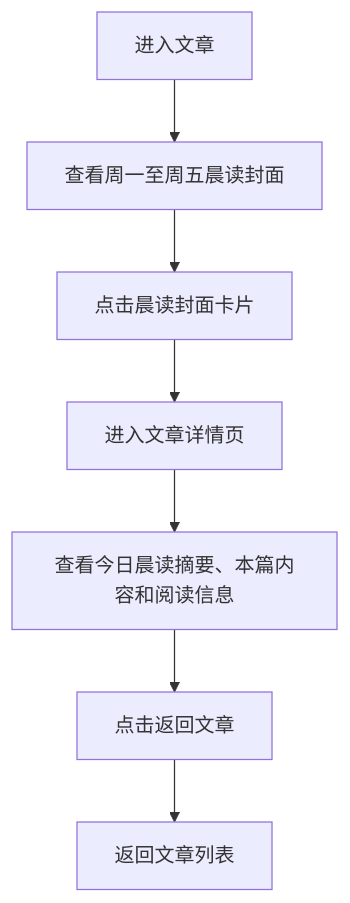
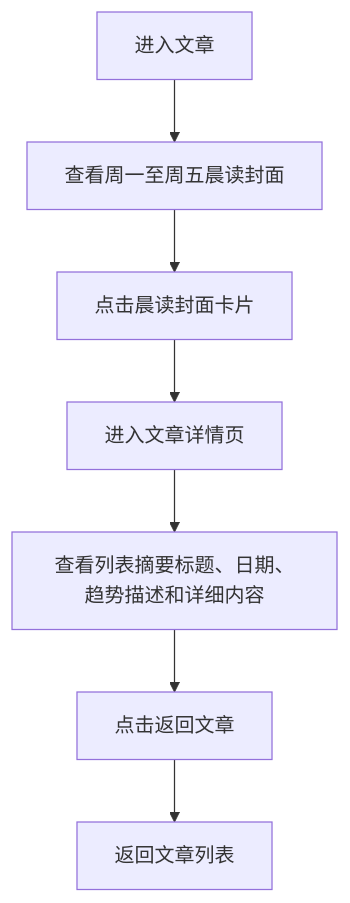
One commit to Icekole/UI-UX-page changed the third of 5 diagrams in prototypes/个人门户网站.md. Above: the diagram before and after it, drawn with Mermaid. The commit also changed other lines of this file and 9 other files, not shown here.

````diff
--- a/prototypes/个人门户网站.md
+++ b/prototypes/个人门户网站.md
@@ -170,9 +172,9 @@
 ```mermaid
 flowchart TD
   A[进入文章] --> B[查看周一至周五晨读封面]
   B --> C[点击晨读封面卡片]
   C --> D[进入文章详情页]
-  D --> E[查看今日晨读摘要、本篇内容和阅读信息]
+  D --> E[查看列表摘要标题、日期、趋势描述和详细内容]
   E --> F[点击返回文章]
   F --> G[返回文章列表]
 ```
````
